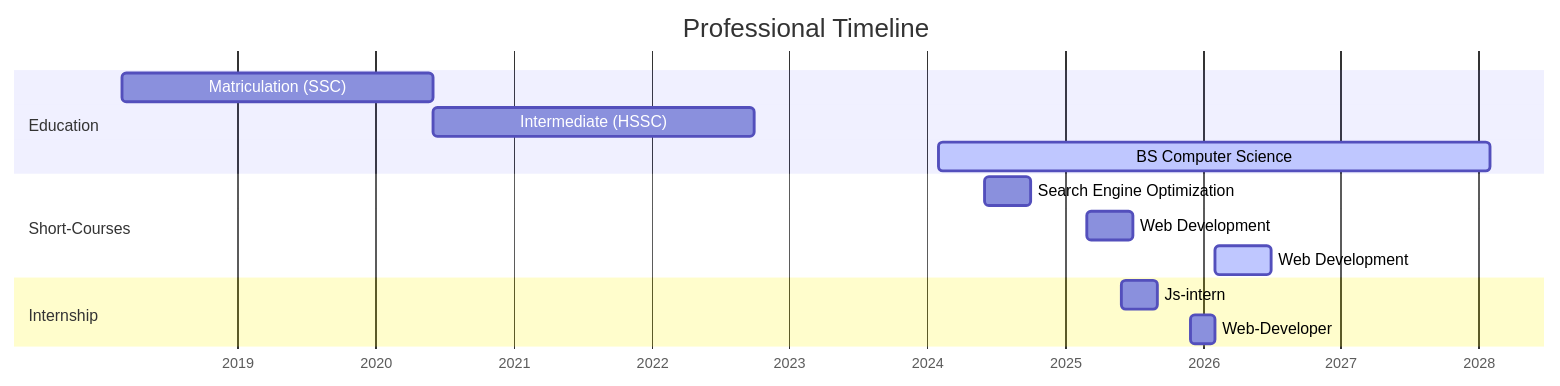
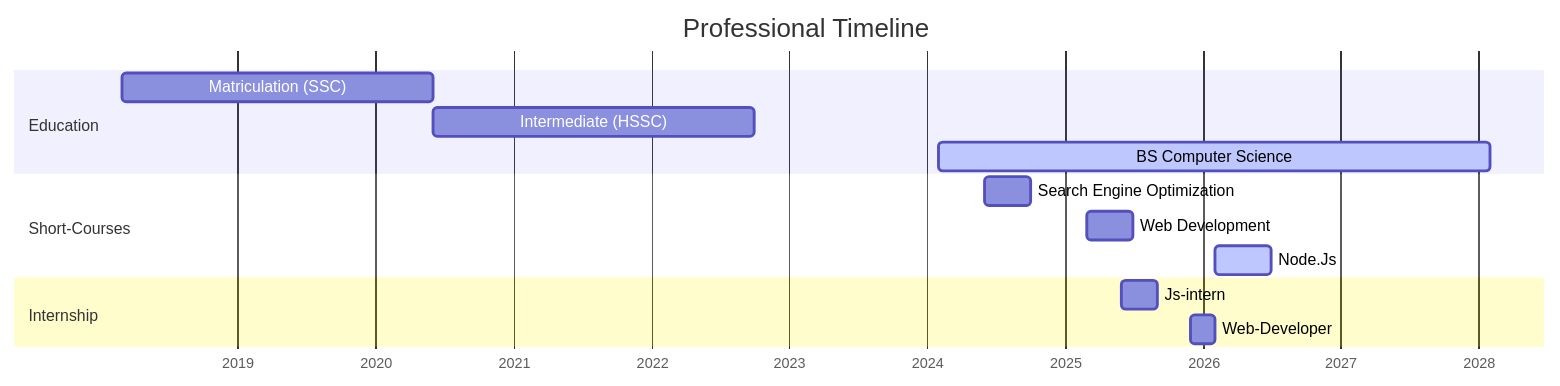
One commit to ahmadubaid061/ahmadubaid061 changed the diagram in README.md. Above: the diagram before and after it, drawn with Mermaid.

````diff
--- a/README.md
+++ b/README.md
@@ -58,24 +58,24 @@
 ```mermaid
 gantt
     title Professional Timeline
     dateFormat  YYYY-MM
     axisFormat %Y
     
     section Education
     Matriculation (SSC) :a1, 2018-03, 2020-06
     Intermediate (HSSC) :a2, after a1, 2022-10
     BS Computer Science :active, a3, 2024-02, 2028-02
     
 
     section Short-Courses
     Search Engine Optimization:a4, 2024-06,2024-10
     Web Development :a5, 2025-03,2025-07
-Web Development :active,a6, 2026-02,2026-07
+Node.Js :active,a6, 2026-02,2026-07
     
 
     section Internship
     Js-intern  :a7,2025-06,2025-09
     Web-Developer :a8, 2025-12, 2026-02
 
     
 ```
````
